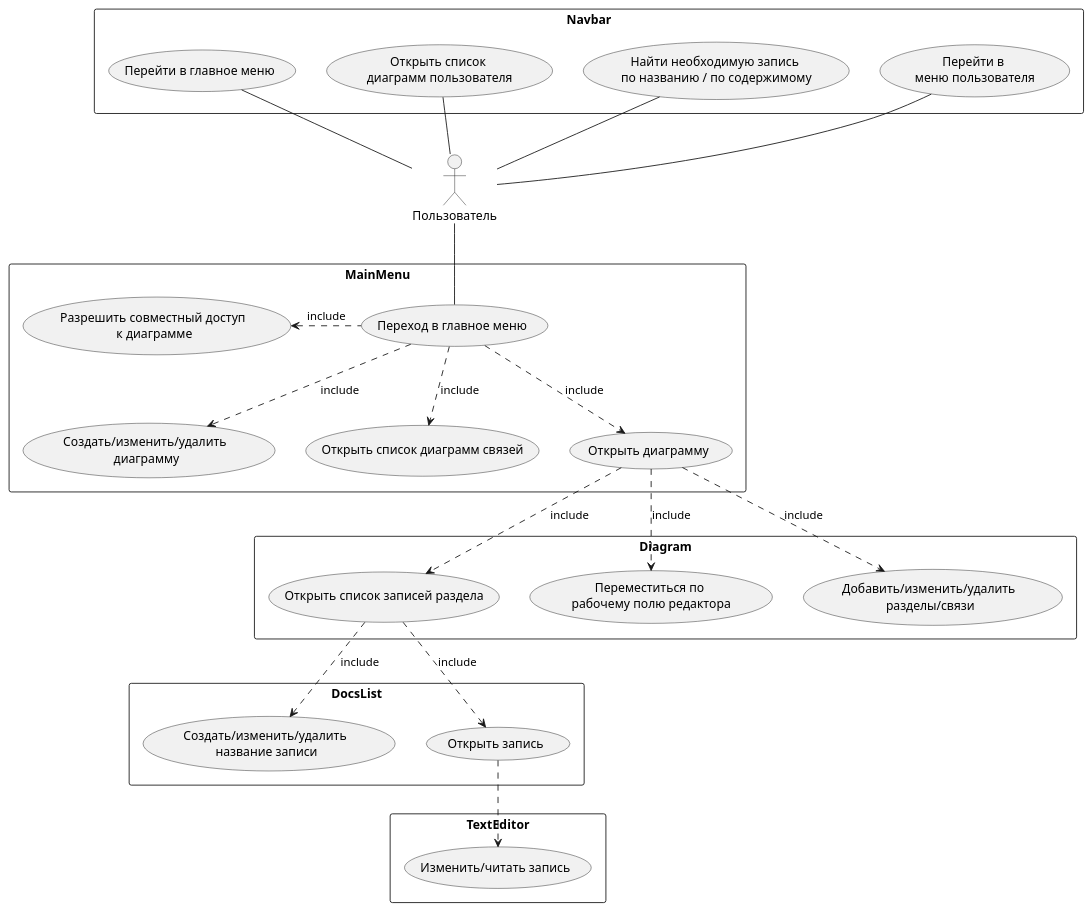
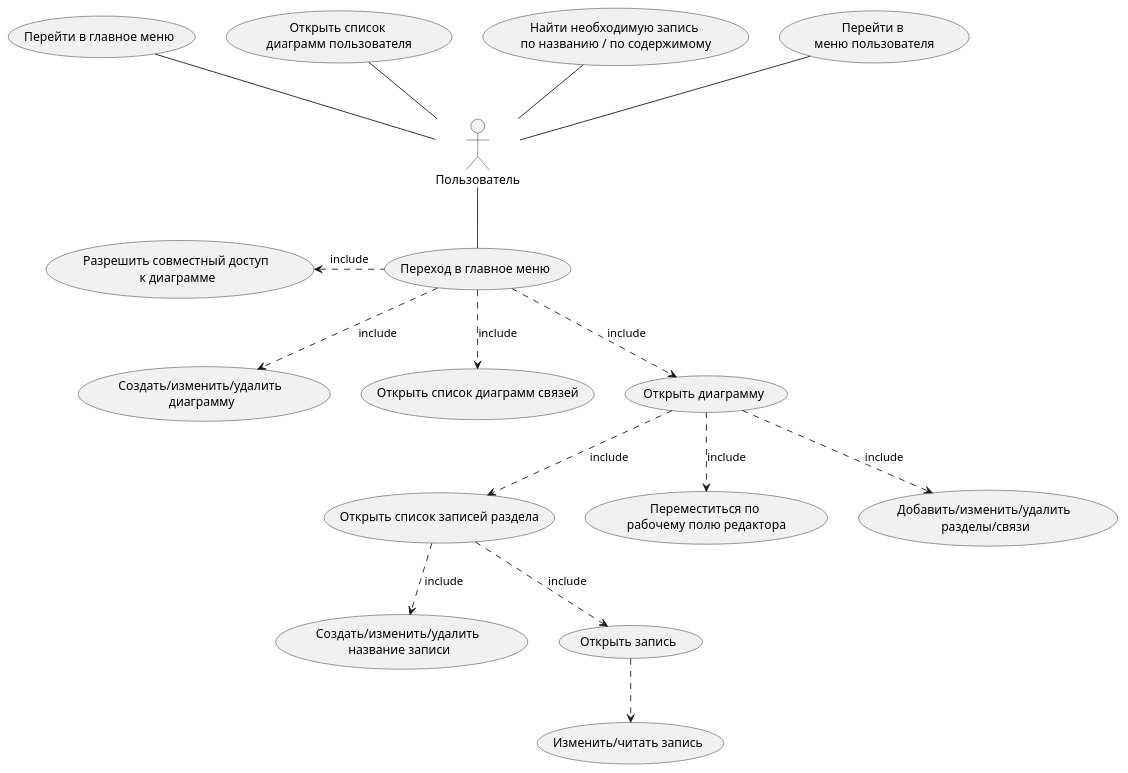
One commit to Stiivenson/project-exodus changed the diagram in uml/Use Case diagram - User.wsd. Above: the diagram before and after it, drawn with PlantUML. The commit also changed 36 other files, not shown here.

```diff
--- a/uml/Use Case diagram - User.wsd
+++ b/uml/Use Case diagram - User.wsd
@@ -1,90 +1,84 @@
 @startuml Use Case
 
 ' (Аутентификация/регистрация \nв приложении) as (LoginForm)
 ' usecase UserData as "
 ' Данные пользователя
 ' --
 ' R,С,E,D"
 
 ' (Получение списка карт) as (UserMaps)
 ' usecase UserMap as "
 ' Карта
 ' --
 ' R,С,E,D"
 
 ' (Чтение карты) as (MapEditor)
 ' usecase MapNodes as "
 ' Узлы
 ' --
 ' R,С,E,D"
 ' usecase MapEdges as "
 ' Связи
 ' --
 ' R,С,E,D"
 
 ' (Получение списка статей узла) as (DocTree)
 ' usecase TreeDoc as "
 ' Статья
 ' --
 ' R,С,E,D"
 ' usecase TreeFolder as "
 ' Папка
 ' --
 ' R,С,E,D"
 
 ' (Работа со статьей) as (Document)
 ' usecase DocumentData as "
 ' Данные статьи
 ' --
 ' R,С,E,D"
 
 actor Пользователь
-    rectangle Navbar{
+
         Пользователь -up- (Перейти в \nменю пользователя)
         Пользователь -up- (Найти необходимую запись \nпо названию / по содержимому)
         Пользователь -up- (Открыть список \nдиаграмм пользователя)
         Пользователь -up- (Перейти в главное меню)
-    }
-    rectangle MainMenu{
+
         Пользователь -- (Переход в главное меню)
         (Переход в главное меню) .left-> (Разрешить совместный доступ \nк диаграмме) : include
         (Переход в главное меню) .-> (Создать/изменить/удалить \nдиаграмму) : include
         (Переход в главное меню) .-> (Открыть список диаграмм связей) : include
         (Переход в главное меню) .-> (Открыть диаграмму) : include
         
-    }
-    rectangle Diagram{
         (Открыть диаграмму) .down-> (Открыть список записей раздела) : include   
         (Открыть диаграмму) .down-> (Переместиться по \nрабочему полю редактора) : include 
         (Открыть диаграмму) .down-> (Добавить/изменить/удалить \nразделы/связи) : include             
-    }
-    rectangle DocsList{
         (Открыть список записей раздела) .down-> (Создать/изменить/удалить \nназвание записи) : include
         (Открыть список записей раздела) .down-> (Открыть запись) : include
-    }
-    rectangle TextEditor{
+
         (Открыть запись) .-> (Изменить/читать запись)
-    }
+
     
 
 
 ' left to right direction
 '     User --> (LoginForm)
 '     (LoginForm) .-> (UserData)
     
 '     User --> (UserMaps)
 '     (UserMaps) .-> UserMap
 
 '     ' UserMap <-- User2
 
 '     User --> (MapEditor)
 '     (MapEditor) .-> MapNodes
 '     (MapEditor) .-> MapEdges
 
 '     User --> (DocTree)
 '     (DocTree) .-> TreeDoc
 '     (DocTree) .-> TreeFolder
 
 '     User --> (Document)
 '     (Document) .-> DocumentData
 @enduml
```
